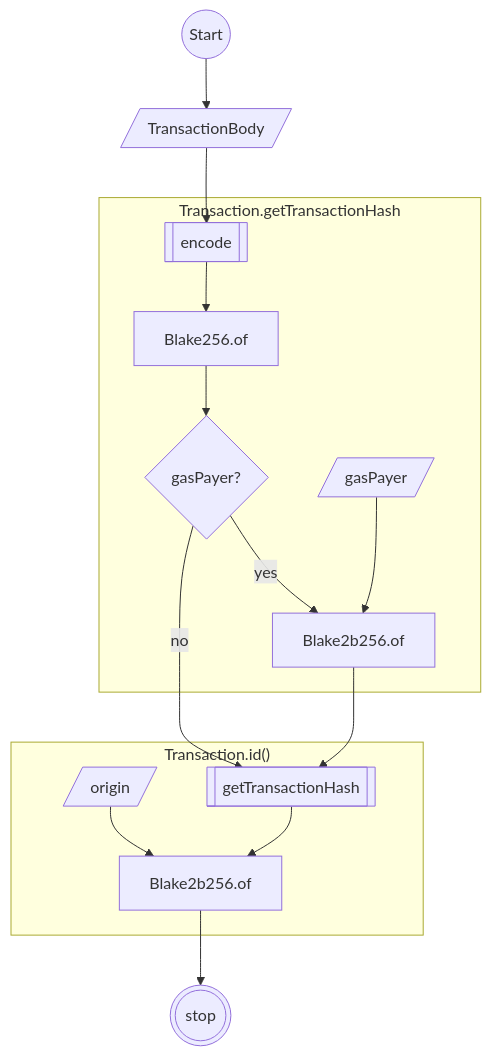
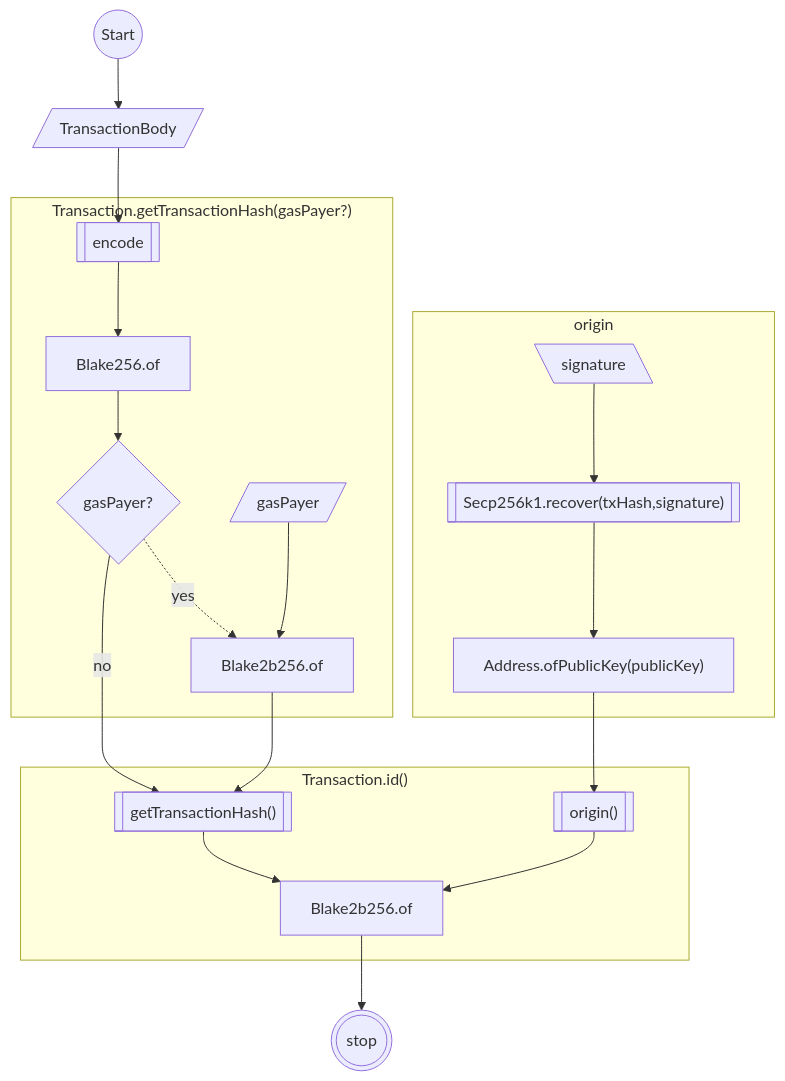
Before and after one commit to vechain/vechain-sdk-js: the diagram in docs/diagrams/v2/core/transaction/transaction_id.md, drawn with Mermaid.

Commit message:
feat: 1484 transaction id flowchart

````diff
--- a/docs/diagrams/v2/core/transaction/transaction_id.md
+++ b/docs/diagrams/v2/core/transaction/transaction_id.md
@@ -1,29 +1,38 @@
 ```mermaid
 flowchart TD
     start((Start))
     stop(((stop)))
     body[/TransactionBody/]
-    subgraph txHash["Transaction.getTransactionHash"]
+    subgraph origin
+        origin_signature[\signature\]
+        origin_recover[["Secp256k1.recover(txHash,signature)"]]
+        origin_address["Address.ofPublicKey(publicKey)"]
+        origin_signature --> origin_recover
+        origin_recover --> origin_address
+        
+    end
+    subgraph txHash["Transaction.getTransactionHash(gasPayer?)"]
         txHash_encodeHash[Blake256.of]
         txHash_encodePayer[Blake2b256.of]
         txHash_encode[[encode]]
         txHash_payer?{gasPayer?}
         txHash_payer[/gasPayer/]
         txHash_encode --> txHash_encodeHash
         txHash_encodeHash --> txHash_payer?
-        txHash_payer? -- yes --> txHash_encodePayer
+        txHash_payer? -. yes .-> txHash_encodePayer
         txHash_payer --> txHash_encodePayer
     end
     subgraph tx_id["Transaction.id()"]
         id_hash[Blake2b256.of]
-        id_origin[/origin/]
-        id_txHash[[getTransactionHash]]
+        id_origin[["origin()"]]
+        id_txHash[["getTransactionHash()"]]
         id_origin --> id_hash
         id_txHash --> id_hash
     end
     start --> body
     body --> txHash_encode
     txHash_encodePayer --> id_txHash
     txHash_payer? -- no --> id_txHash
     id_hash --> stop
+    origin_address --> id_origin
 ```
````
